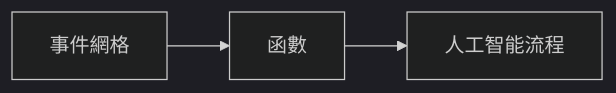
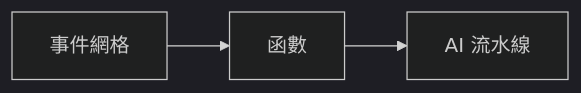
One commit to microsoft/AZD-for-beginners changed the second of 2 diagrams in translations/zh-MO/docs/chapter-08-production/README.md. Above: the diagram before and after it, drawn with Mermaid (dark theme). The commit also changed other lines of this file and 101 other files, not shown here.

````diff
--- a/translations/zh-MO/docs/chapter-08-production/README.md
+++ b/translations/zh-MO/docs/chapter-08-production/README.md
@@ -54,4 +56,4 @@
 ```mermaid
 graph LR
-    EventGrid[事件網格] --> Functions[函數] --> Pipeline[人工智能流程]
+    EventGrid[事件網格] --> Functions[函數] --> Pipeline[AI 流水線]
 ```
````
